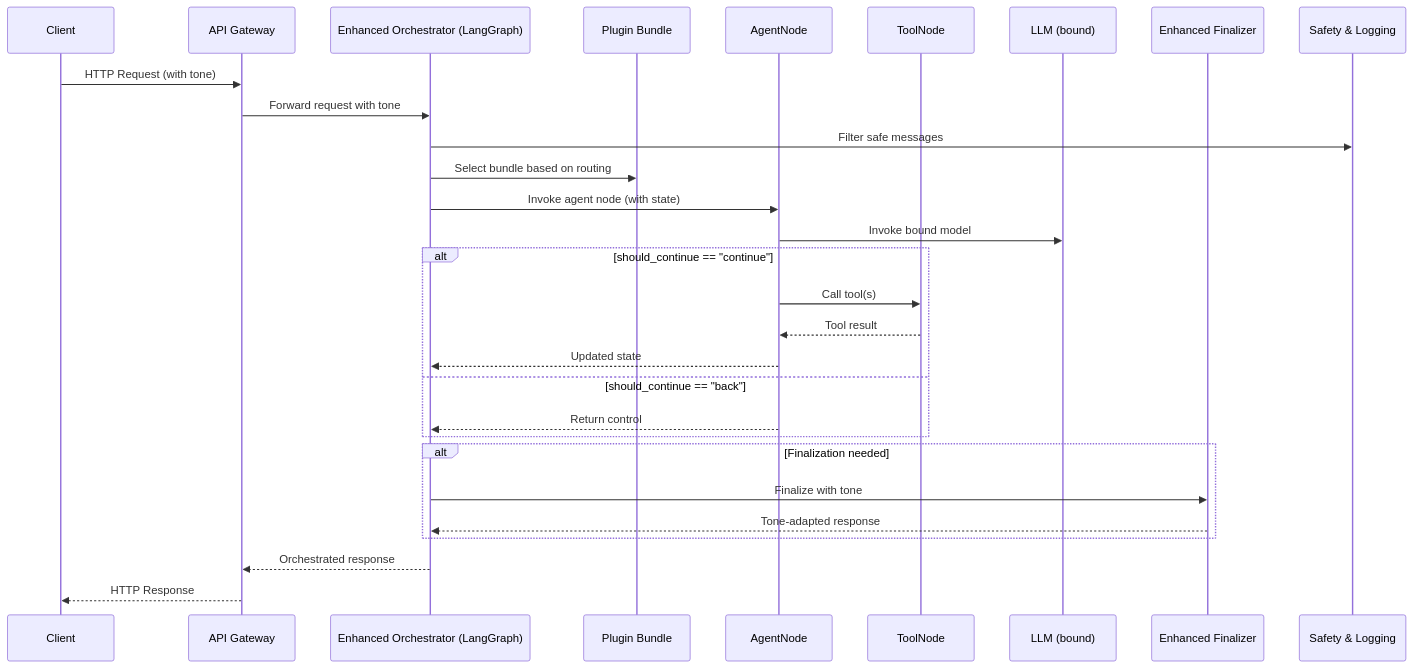
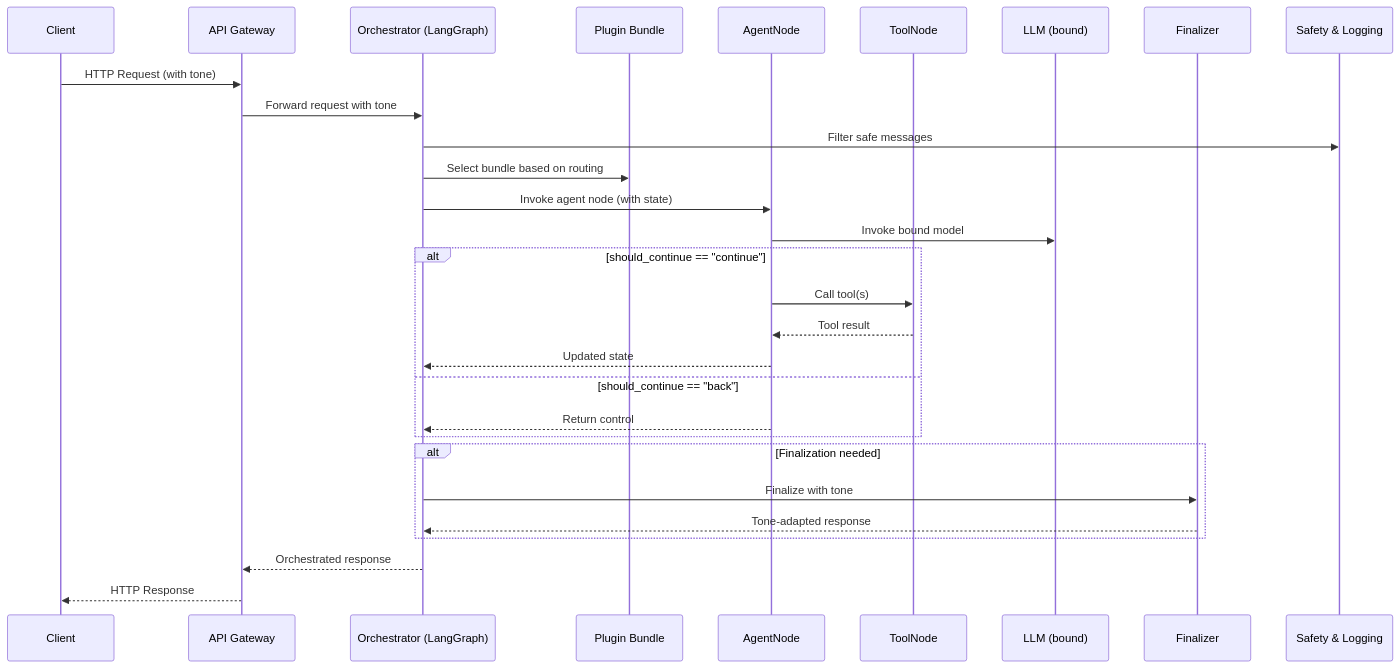
Before and after one commit to jonaskahn/cadence: the third of 6 diagrams in docs/concepts/architecture.md, drawn with Mermaid. The commit also changed other lines of this file and 23 other files, not shown here.

````diff
--- a/docs/concepts/architecture.md
+++ b/docs/concepts/architecture.md
@@ -196,32 +232,32 @@
 ```mermaid
 sequenceDiagram
     participant C as Client
     participant API as API Gateway
-    participant Coord as Enhanced Orchestrator (LangGraph)
+    participant Coord as Orchestrator (LangGraph)
     participant B as Plugin Bundle
     participant Agent as AgentNode
     participant Tools as ToolNode
     participant LLM as LLM (bound)
-    participant F as Enhanced Finalizer
+    participant F as Finalizer
     participant Safety as Safety & Logging
 
     C->>API: HTTP Request (with tone)
     API->>Coord: Forward request with tone
     Coord->>Safety: Filter safe messages
     Coord->>B: Select bundle based on routing
     Coord->>Agent: Invoke agent node (with state)
     Agent->>LLM: Invoke bound model
     alt should_continue == "continue"
         Agent->>Tools: Call tool(s)
         Tools-->>Agent: Tool result
         Agent-->>Coord: Updated state
     else should_continue == "back"
         Agent-->>Coord: Return control
     end
     alt Finalization needed
         Coord->>F: Finalize with tone
         F-->>Coord: Tone-adapted response
     end
     Coord-->>API: Orchestrated response
     API-->>C: HTTP Response
 ```
````
